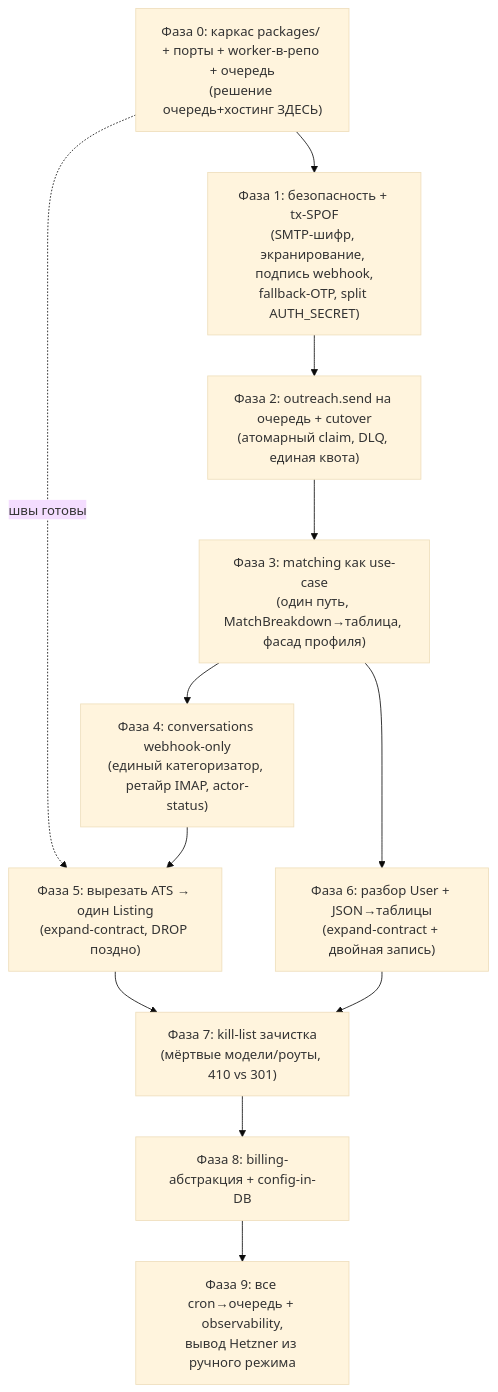
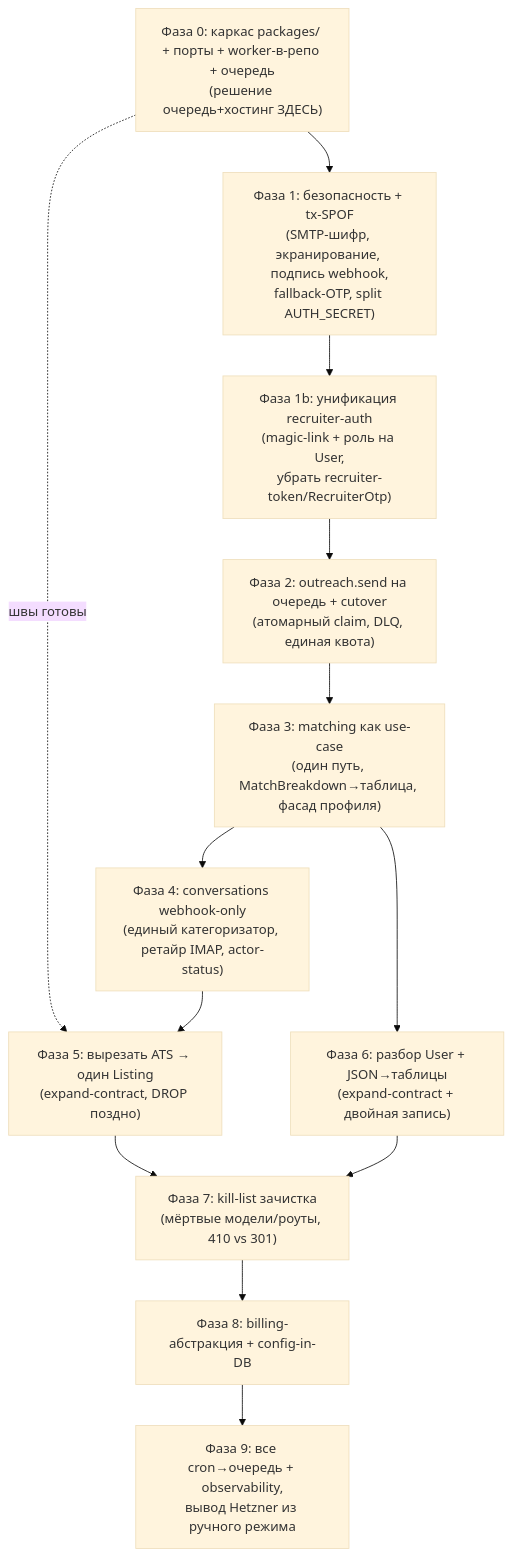
The diagram in TARGET-ARCHITECTURE.md (Fedor-K/Freelanly2), drawn with Mermaid (base theme) before and after one commit. The commit also changed other lines of this file, not shown here.

First line of the commit message:
docs: unify recruiter auth with candidate OTP/magic-link

````diff
--- a/TARGET-ARCHITECTURE.md
+++ b/TARGET-ARCHITECTURE.md
@@ -312,19 +320,20 @@
 ```mermaid
 flowchart TD
     P0["Фаза 0: каркас packages/ + порты + worker-в-репо + очередь<br/>(решение очередь+хостинг ЗДЕСЬ)"]
     P1["Фаза 1: безопасность + tx-SPOF<br/>(SMTP-шифр, экранирование, подпись webhook,<br/>fallback-OTP, split AUTH_SECRET)"]
+    P1b["Фаза 1b: унификация recruiter-auth<br/>(magic-link + роль на User,<br/>убрать recruiter-token/RecruiterOtp)"]
     P2["Фаза 2: outreach.send на очередь + cutover<br/>(атомарный claim, DLQ, единая квота)"]
     P3["Фаза 3: matching как use-case<br/>(один путь, MatchBreakdown→таблица, фасад профиля)"]
     P4["Фаза 4: conversations webhook-only<br/>(единый категоризатор, ретайр IMAP, actor-status)"]
     P5["Фаза 5: вырезать ATS → один Listing<br/>(expand-contract, DROP поздно)"]
     P6["Фаза 6: разбор User + JSON→таблицы<br/>(expand-contract + двойная запись)"]
     P7["Фаза 7: kill-list зачистка<br/>(мёртвые модели/роуты, 410 vs 301)"]
     P8["Фаза 8: billing-абстракция + config-in-DB"]
     P9["Фаза 9: все cron→очередь + observability,<br/>вывод Hetzner из ручного режима"]
 
-    P0 --> P1 --> P2 --> P3 --> P4
+    P0 --> P1 --> P1b --> P2 --> P3 --> P4
     P0 -.->|"швы готовы"| P5
     P3 --> P6
     P4 --> P5 --> P7
     P6 --> P7 --> P8 --> P9
 ```
````
